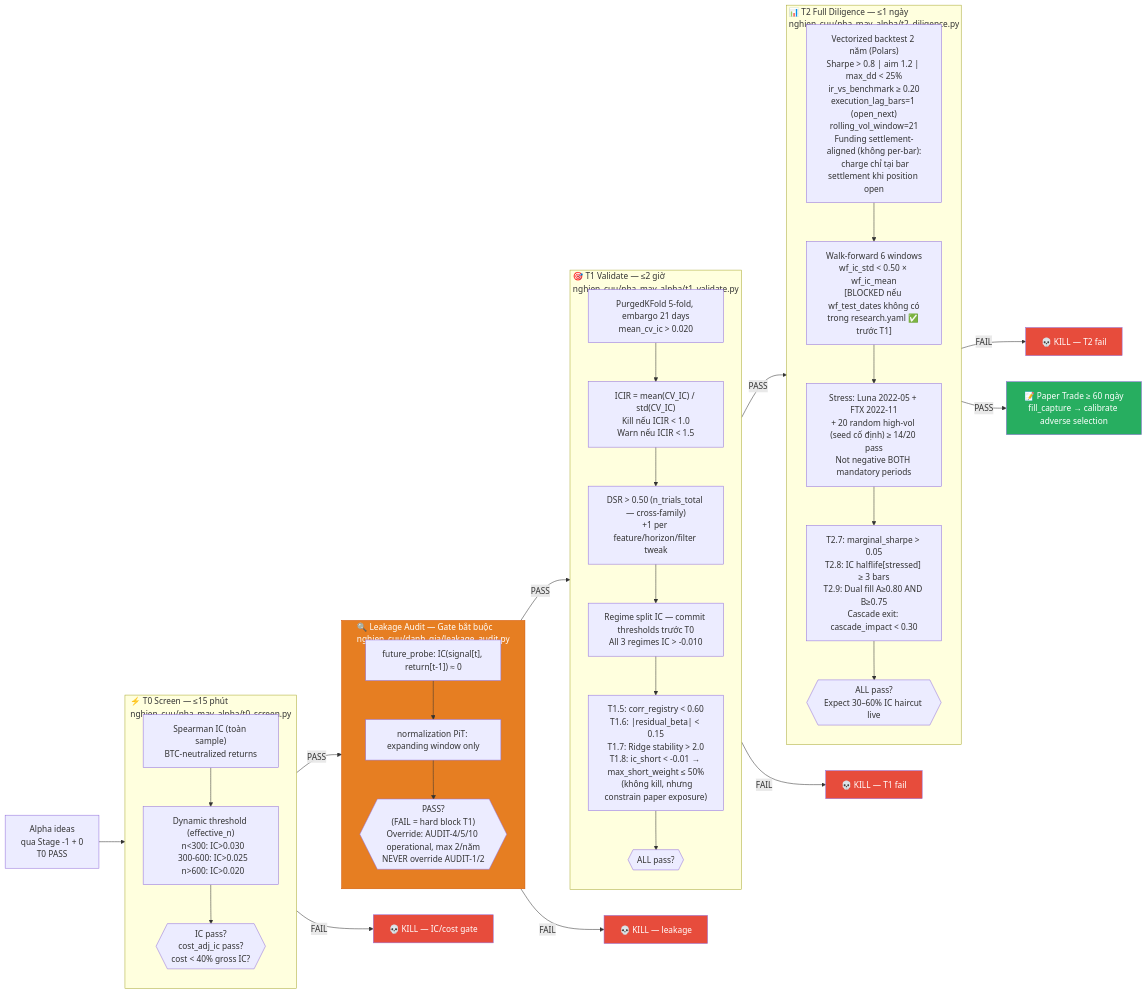
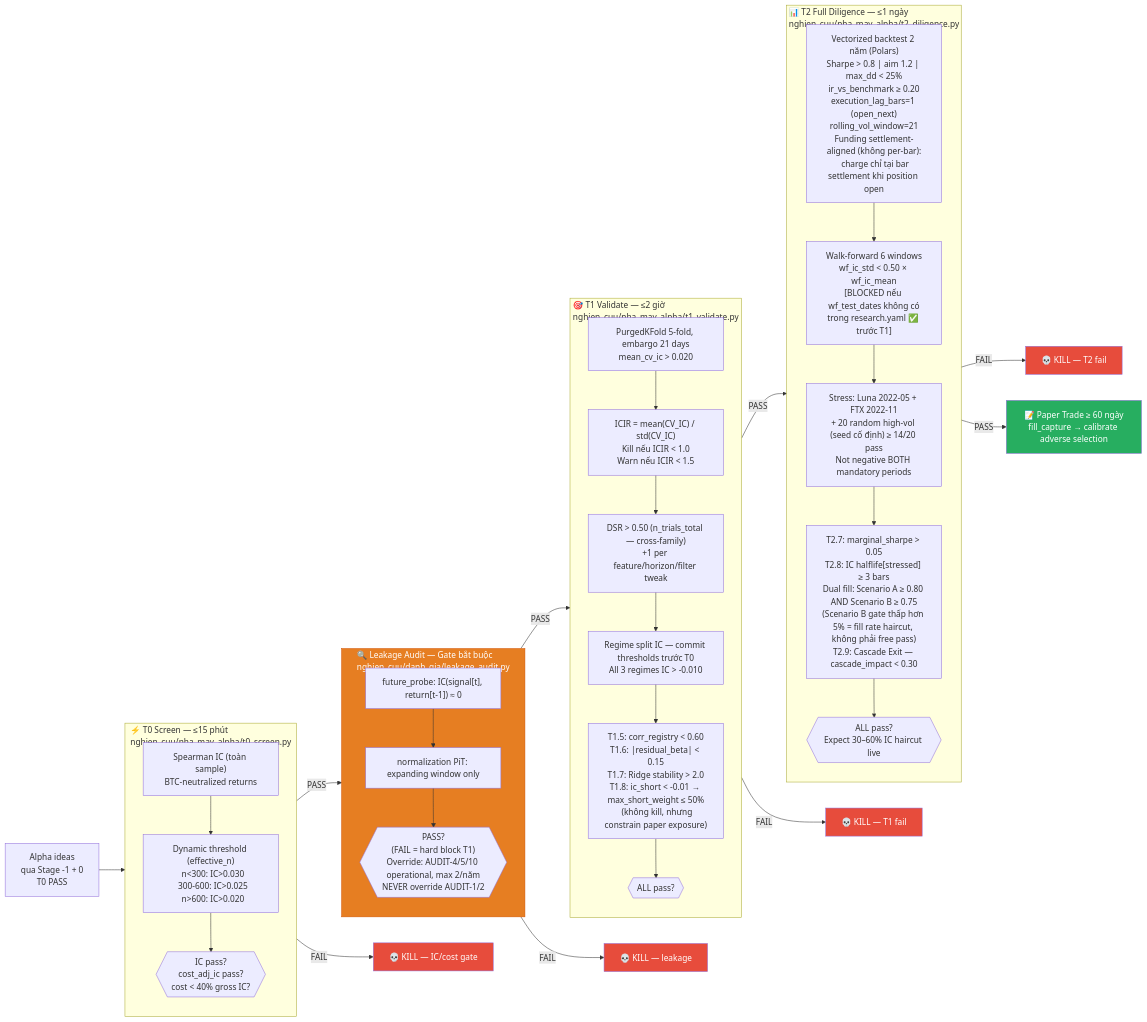
The fifth of 13 diagrams in data_flow_diagrams.md (VagabondKingsman/Kairos-v3), drawn with Mermaid before and after one commit. The commit also changed other lines of this file, not shown here.

````diff
--- a/data_flow_diagrams.md
+++ b/data_flow_diagrams.md
@@ -345,64 +370,64 @@
 ```mermaid
 flowchart LR
     IDEAS["Alpha ideas\nqua Stage -1 + 0\nT0 PASS"]
 
     subgraph T0_GATE["⚡ T0 Screen — ≤15 phút\nnghien_cuu/nha_may_alpha/t0_screen.py"]
         direction TB
         T0G1["Spearman IC (toàn sample)\nBTC-neutralized returns"]
         T0G2["Dynamic threshold (effective_n)\n  n<300: IC>0.030\n  300-600: IC>0.025\n  n>600: IC>0.020"]
         T0G3{{"IC pass?\ncost_adj_ic pass?\ncost < 40% gross IC?"}}
         T0G1 --> T0G2 --> T0G3
     end
 
     subgraph LEAK_GATE["🔍 Leakage Audit — Gate bắt buộc\nnghien_cuu/danh_gia/leakage_audit.py"]
         direction TB
         LG1["future_probe: IC(signal[t], return[t-1]) ≈ 0"]
         LG2["normalization PiT: expanding window only"]
         LG3{{"PASS?\n(FAIL = hard block T1)\nOverride: AUDIT-4/5/10 operational, max 2/năm\nNEVER override AUDIT-1/2"}}
         LG1 --> LG2 --> LG3
     end
 
     subgraph T1_GATE["🎯 T1 Validate — ≤2 giờ\nnghien_cuu/nha_may_alpha/t1_validate.py"]
         direction TB
         T1G1["PurgedKFold 5-fold, embargo 21 days\nmean_cv_ic > 0.020"]
         T1G1b["ICIR = mean(CV_IC) / std(CV_IC)\nKill nếu ICIR < 1.0\nWarn nếu ICIR < 1.5"]
         T1G2["DSR > 0.50 (n_trials_total — cross-family)\n+1 per feature/horizon/filter tweak"]
         T1G3["Regime split IC — commit thresholds trước T0\nAll 3 regimes IC > -0.010"]
         T1G4["T1.5: corr_registry < 0.60\nT1.6: |residual_beta| < 0.15\nT1.7: Ridge stability > 2.0\nT1.8: ic_short < -0.01 → max_short_weight ≤ 50%\n  (không kill, nhưng constrain paper exposure)"]
         T1G5{{"ALL pass?"}}
         T1G1 --> T1G1b --> T1G2 --> T1G3 --> T1G4 --> T1G5
     end
 
     subgraph T2_GATE["📊 T2 Full Diligence — ≤1 ngày\nnghien_cuu/nha_may_alpha/t2_diligence.py"]
         direction TB
         T2G1["Vectorized backtest 2 năm (Polars)\nSharpe > 0.8 | aim 1.2 | max_dd < 25%\nir_vs_benchmark ≥ 0.20\nexecution_lag_bars=1 (open_next)\nrolling_vol_window=21\nFunding settlement-aligned (không per-bar):\n  charge chỉ tại bar settlement khi position open"]
         T2G2["Walk-forward 6 windows\nwf_ic_std < 0.50 × wf_ic_mean\n[BLOCKED nếu wf_test_dates không có\ntrong research.yaml ✅ trước T1]"]
         T2G3["Stress: Luna 2022-05 + FTX 2022-11\n+ 20 random high-vol (seed cố định) ≥ 14/20 pass\nNot negative BOTH mandatory periods"]
-        T2G4["T2.7: marginal_sharpe > 0.05\nT2.8: IC halflife[stressed] ≥ 3 bars\nT2.9: Dual fill A≥0.80 AND B≥0.75\nCascade exit: cascade_impact < 0.30"]
+        T2G4["T2.7: marginal_sharpe > 0.05\nT2.8: IC halflife[stressed] ≥ 3 bars\nDual fill: Scenario A ≥ 0.80 AND Scenario B ≥ 0.75\n(Scenario B gate thấp hơn 5% = fill rate haircut, không phải free pass)\nT2.9: Cascade Exit — cascade_impact < 0.30"]
         T2G5{{"ALL pass?\nExpect 30–60% IC haircut live"}}
         T2G1 --> T2G2 --> T2G3 --> T2G4 --> T2G5
     end
 
     DEAD0["💀 KILL — IC/cost gate"]
     DEAD1["💀 KILL — leakage"]
     DEAD2["💀 KILL — T1 fail"]
     DEAD3["💀 KILL — T2 fail"]
     PAPER_GO["📝 Paper Trade ≥ 60 ngày\nfill_capture → calibrate adverse selection"]
 
     IDEAS --> T0_GATE
     T0G3 -->|"FAIL"| DEAD0
     T0G3 -->|"PASS"| LEAK_GATE
     LG3 -->|"FAIL"| DEAD1
     LG3 -->|"PASS"| T1_GATE
     T1G5 -->|"FAIL"| DEAD2
     T1G5 -->|"PASS"| T2_GATE
     T2G5 -->|"FAIL"| DEAD3
     T2G5 -->|"PASS"| PAPER_GO
 
     style DEAD0 fill:#e74c3c,color:#fff
     style DEAD1 fill:#e74c3c,color:#fff
     style DEAD2 fill:#e74c3c,color:#fff
     style DEAD3 fill:#e74c3c,color:#fff
     style PAPER_GO fill:#27ae60,color:#fff
     style LEAK_GATE fill:#e67e22,stroke:#d35400,color:#fff
 ```
````
